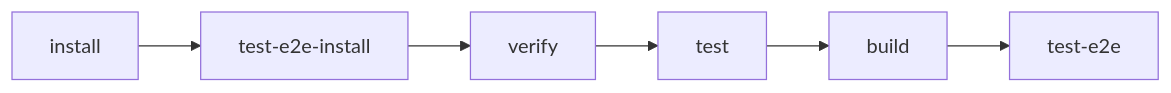
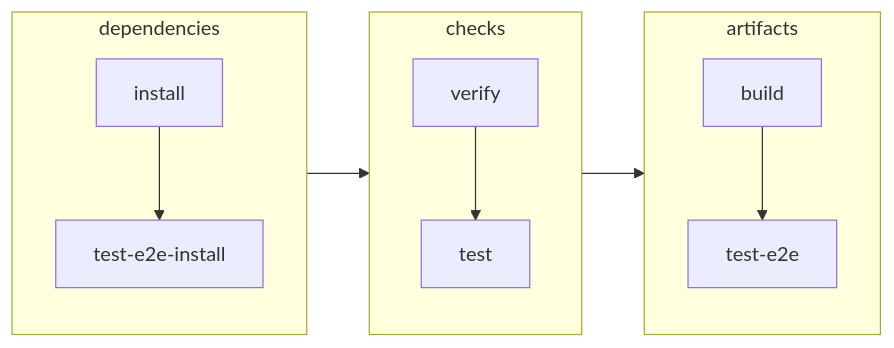
The second of 5 diagrams in quality-gate/README.md (jamesdwilson/james-opinionated-llm-development-framework), drawn with Mermaid before and after one commit. The commit also changed 3 other files, not shown here.

First line of the commit message:
group the busy diagrams into phase subgraphs

````diff
--- a/quality-gate/README.md
+++ b/quality-gate/README.md
@@ -60,4 +60,13 @@
 ```mermaid
 flowchart LR
-    I["install"] --> TI["test-e2e-install"] --> V["verify"] --> T["test"] --> B["build"] --> E["test-e2e"]
+    subgraph DEPS["dependencies"]
+        I["install"] --> TI["test-e2e-install"]
+    end
+    subgraph CHECKS["checks"]
+        V["verify"] --> T["test"]
+    end
+    subgraph OUT["artifacts"]
+        B["build"] --> E["test-e2e"]
+    end
+    DEPS --> CHECKS --> OUT
 ```
````
